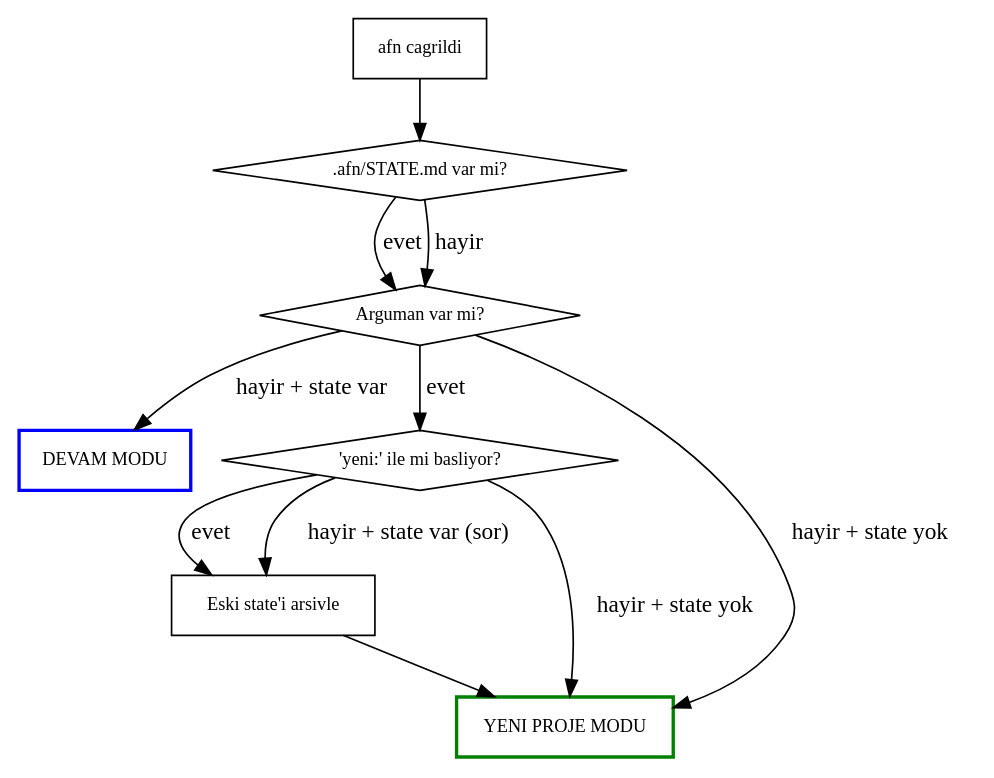
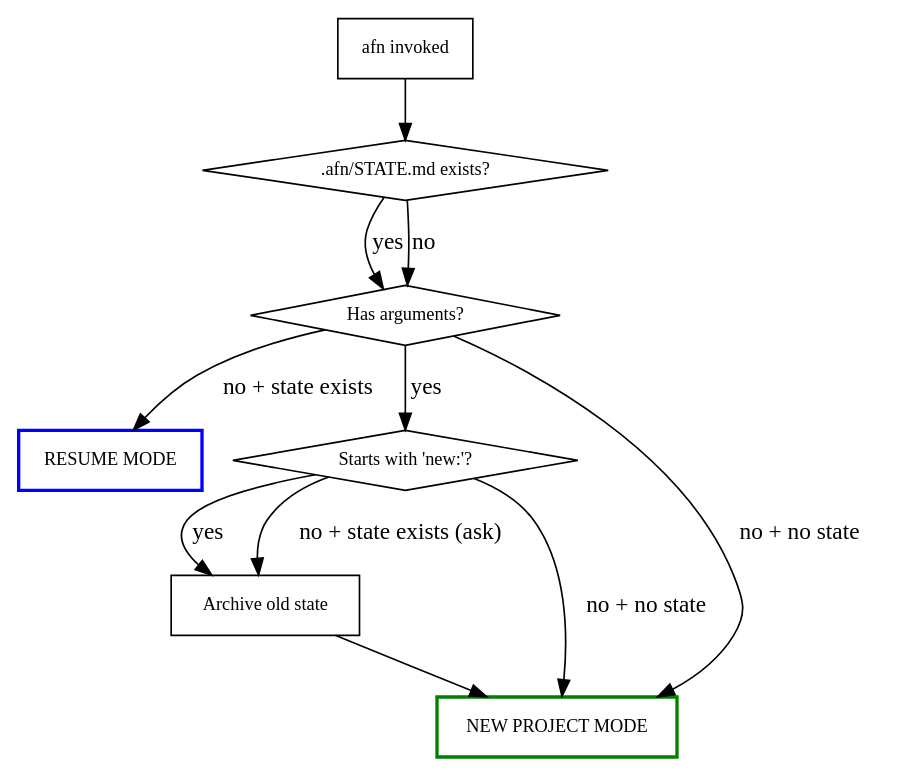
The first of 2 diagrams in skills/afn/SKILL.md (AFN7/afn-skill), drawn with Graphviz before and after one commit. The commit also changed other lines of this file, not shown here.

````diff
--- a/skills/afn/SKILL.md
+++ b/skills/afn/SKILL.md
@@ -35,25 +37,25 @@
 ```dot
 digraph entry {
   rankdir=TB;
   node [fontsize=11];
 
-  "afn cagrildi" [shape=box];
-  ".afn/STATE.md var mi?" [shape=diamond];
-  "Arguman var mi?" [shape=diamond];
-  "DEVAM MODU" [shape=box, style=bold, color=blue];
-  "'yeni:' ile mi basliyor?" [shape=diamond];
-  "Eski state'i arsivle" [shape=box];
-  "YENI PROJE MODU" [shape=box, style=bold, color=green];
+  "afn invoked" [shape=box];
+  ".afn/STATE.md exists?" [shape=diamond];
+  "Has arguments?" [shape=diamond];
+  "RESUME MODE" [shape=box, style=bold, color=blue];
+  "Starts with 'new:'?" [shape=diamond];
+  "Archive old state" [shape=box];
+  "NEW PROJECT MODE" [shape=box, style=bold, color=green];
 
-  "afn cagrildi" -> ".afn/STATE.md var mi?";
-  ".afn/STATE.md var mi?" -> "Arguman var mi?" [label="evet"];
-  ".afn/STATE.md var mi?" -> "Arguman var mi?" [label="hayir"];
-  "Arguman var mi?" -> "DEVAM MODU" [label="hayir + state var"];
-  "Arguman var mi?" -> "'yeni:' ile mi basliyor?" [label="evet"];
-  "Arguman var mi?" -> "YENI PROJE MODU" [label="hayir + state yok"];
-  "'yeni:' ile mi basliyor?" -> "Eski state'i arsivle" [label="evet"];
-  "'yeni:' ile mi basliyor?" -> "YENI PROJE MODU" [label="hayir + state yok"];
-  "'yeni:' ile mi basliyor?" -> "Eski state'i arsivle" [label="hayir + state var (sor)"];
-  "Eski state'i arsivle" -> "YENI PROJE MODU";
+  "afn invoked" -> ".afn/STATE.md exists?";
+  ".afn/STATE.md exists?" -> "Has arguments?" [label="yes"];
+  ".afn/STATE.md exists?" -> "Has arguments?" [label="no"];
+  "Has arguments?" -> "RESUME MODE" [label="no + state exists"];
+  "Has arguments?" -> "Starts with 'new:'?" [label="yes"];
+  "Has arguments?" -> "NEW PROJECT MODE" [label="no + no state"];
+  "Starts with 'new:'?" -> "Archive old state" [label="yes"];
+  "Starts with 'new:'?" -> "NEW PROJECT MODE" [label="no + no state"];
+  "Starts with 'new:'?" -> "Archive old state" [label="no + state exists (ask)"];
+  "Archive old state" -> "NEW PROJECT MODE";
 }
 ```
````
